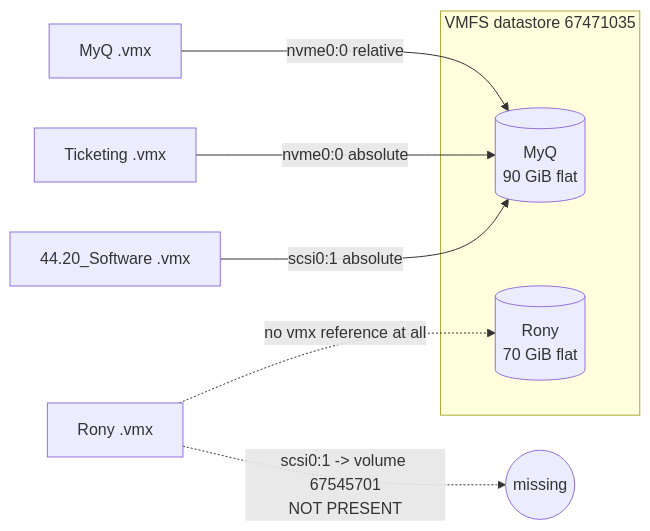
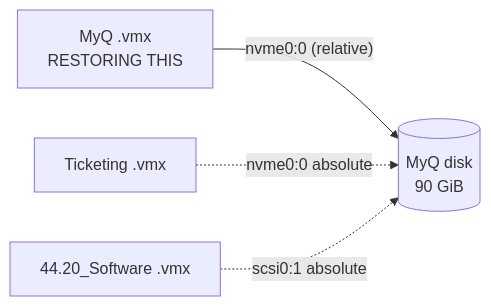
The first of 5 diagrams in MIGRATION.md (aniksarakash/VFMS_Recovery), drawn with Mermaid before and after one commit. The commit also changed other lines of this file and 1 other file, not shown here.

````diff
--- a/MIGRATION.md
+++ b/MIGRATION.md
@@ -80,12 +40,7 @@
 ```mermaid
 flowchart LR
-  subgraph DS["VMFS datastore 67471035"]
-    MYQ[("MyQ<br/>90 GiB flat")]
-    RONY[("Rony<br/>70 GiB flat")]
-  end
-  MyQvmx["MyQ .vmx"] -->|nvme0:0 relative| MYQ
-  Tick["Ticketing .vmx"] -->|nvme0:0 absolute| MYQ
-  Soft["44.20_Software .vmx"] -->|scsi0:1 absolute| MYQ
-  Ronyvmx["Rony .vmx"] -.->|"scsi0:1 -> volume 67545701<br/>NOT PRESENT"| X((missing))
-  Ronyvmx -.->|"no vmx reference at all"| RONY
+  MYQ[("MyQ disk<br/>90 GiB")]
+  MyQvmx["MyQ .vmx<br/>RESTORING THIS"] -->|"nvme0:0 (relative)"| MYQ
+  Tick["Ticketing .vmx"] -.->|"nvme0:0 absolute"| MYQ
+  Soft["44.20_Software .vmx"] -.->|"scsi0:1 absolute"| MYQ
 ```
````
